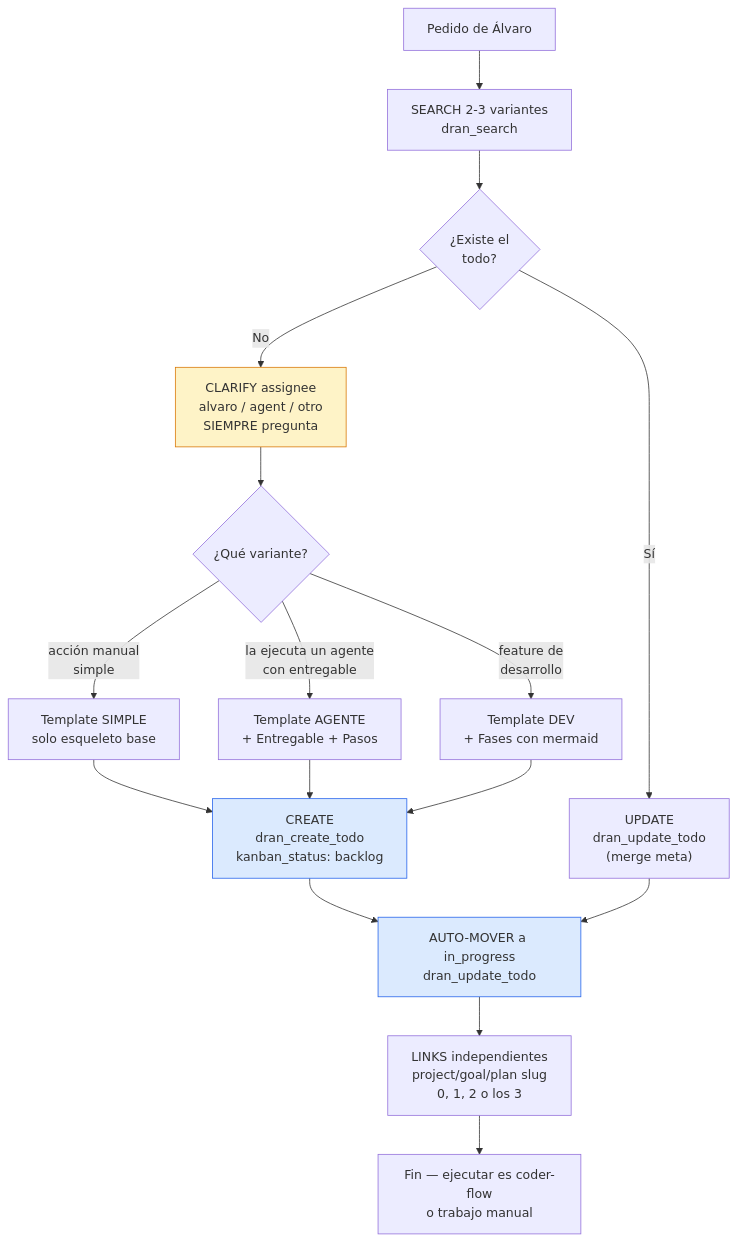
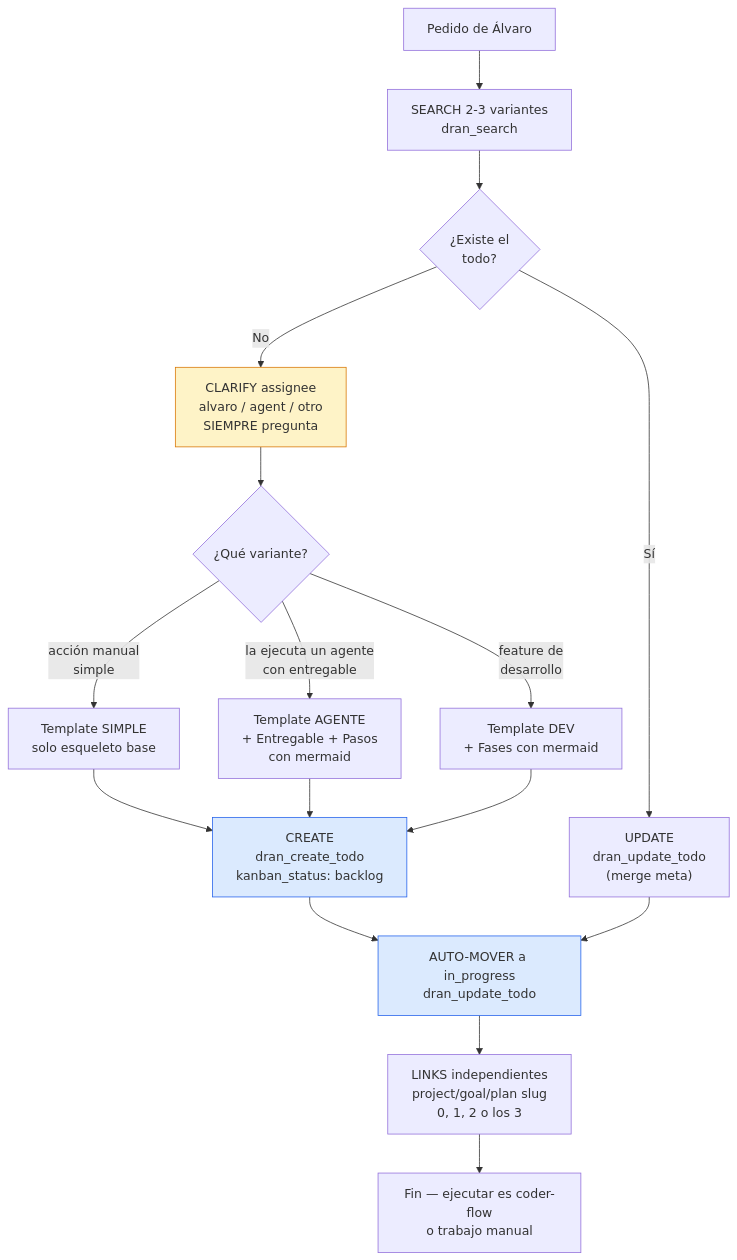
One commit to alvarolizama/dran changed the second of 2 diagrams in skills/todo-flow/SKILL.md. Above: the diagram before and after it, drawn with Mermaid. The commit also changed other lines of this file and 4 other files, not shown here.

First line of the commit message:
docs: sync dran skills — pasos mermaid en todo-flow, props guardar/buscar

````diff
--- a/skills/todo-flow/SKILL.md
+++ b/skills/todo-flow/SKILL.md
@@ -37,22 +37,22 @@
 ```mermaid
 flowchart TD
   START[Pedido de Álvaro] --> SEARCH["SEARCH 2-3 variantes\ndran_search"]
   SEARCH --> EXISTS{¿Existe el\ntodo?}
   EXISTS -->|Sí| UPDATE["UPDATE\ndran_update_todo\n(merge meta)"]
   EXISTS -->|No| ASSIGNEE["CLARIFY assignee\nalvaro / agent / otro\nSIEMPRE pregunta"]
   ASSIGNEE --> TYPE{¿Qué variante?}
   TYPE -->|"acción manual\nsimple"| SIMPLE["Template SIMPLE\nsolo esqueleto base"]
-  TYPE -->|"la ejecuta un agente\ncon entregable"| AGENT["Template AGENTE\n+ Entregable + Pasos"]
+  TYPE -->|"la ejecuta un agente\ncon entregable"| AGENT["Template AGENTE\n+ Entregable + Pasos\ncon mermaid"]
   TYPE -->|"feature de\ndesarrollo"| DEV["Template DEV\n+ Fases con mermaid"]
   SIMPLE --> CREATE["CREATE\ndran_create_todo\nkanban_status: backlog"]
   AGENT --> CREATE
   DEV --> CREATE
   CREATE --> MOVE["AUTO-MOVER a in_progress\ndran_update_todo"]
   UPDATE --> MOVE
   MOVE --> LINKS["LINKS independientes\nproject/goal/plan slug\n0, 1, 2 o los 3"]
   LINKS --> DONE[Fin — ejecutar es coder-flow\no trabajo manual]
 
   style ASSIGNEE fill:#fef3c7,stroke:#d97706
   style CREATE fill:#dbeafe,stroke:#2563eb
   style MOVE fill:#dbeafe,stroke:#2563eb
 ```
````
